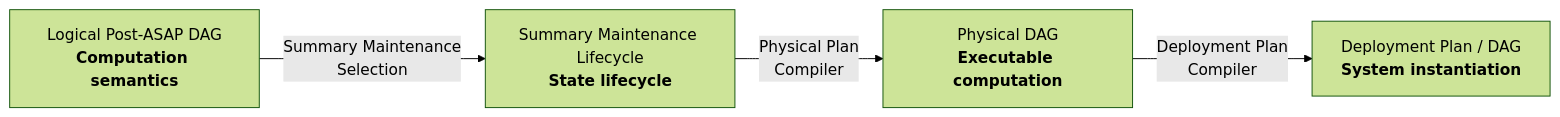
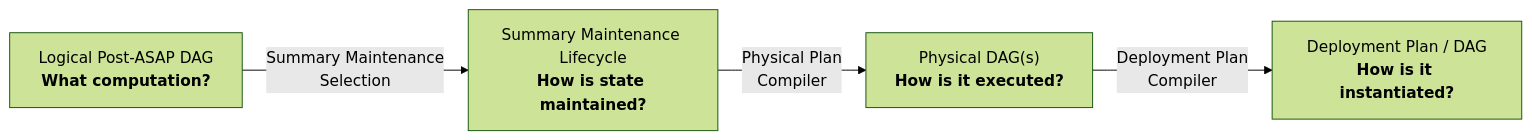
The diagram in docs/design_docs/physical-planning-and-deployment.md (ProjectASAP/ASAPPlanner), drawn with Mermaid (forest theme) before and after one commit. The commit also changed other lines of this file, not shown here.

````diff
--- a/docs/design_docs/physical-planning-and-deployment.md
+++ b/docs/design_docs/physical-planning-and-deployment.md
@@ -7,11 +7,11 @@
 ```mermaid
 flowchart LR
-    L["Logical Post-ASAP DAG<br/><b>Computation semantics</b>"]
-    M["Summary Maintenance Lifecycle<br/><b>State lifecycle</b>"]
-    P["Physical DAG<br/><b>Executable computation</b>"]
-    D["Deployment Plan / DAG<br/><b>System instantiation</b>"]
+    L["Logical Post-ASAP DAG<br/><b>What computation?</b>"]
+    M["Summary Maintenance Lifecycle<br/><b>How is state maintained?</b>"]
+    P["Physical DAG(s)<br/><b>How is it executed?</b>"]
+    D["Deployment Plan / DAG<br/><b>How is it instantiated?</b>"]
 
     L -->|"Summary Maintenance<br/>Selection"| M
     M -->|"Physical Plan<br/>Compiler"| P
     P -->|"Deployment Plan<br/>Compiler"| D
 ```
````
